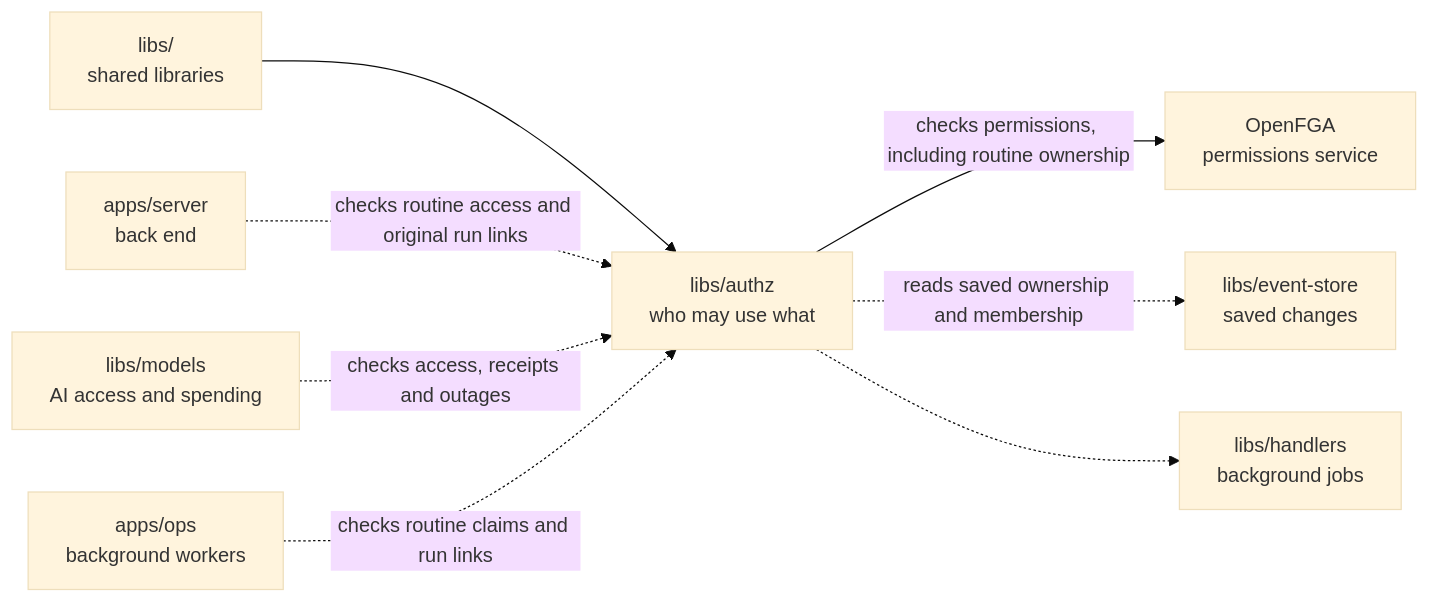
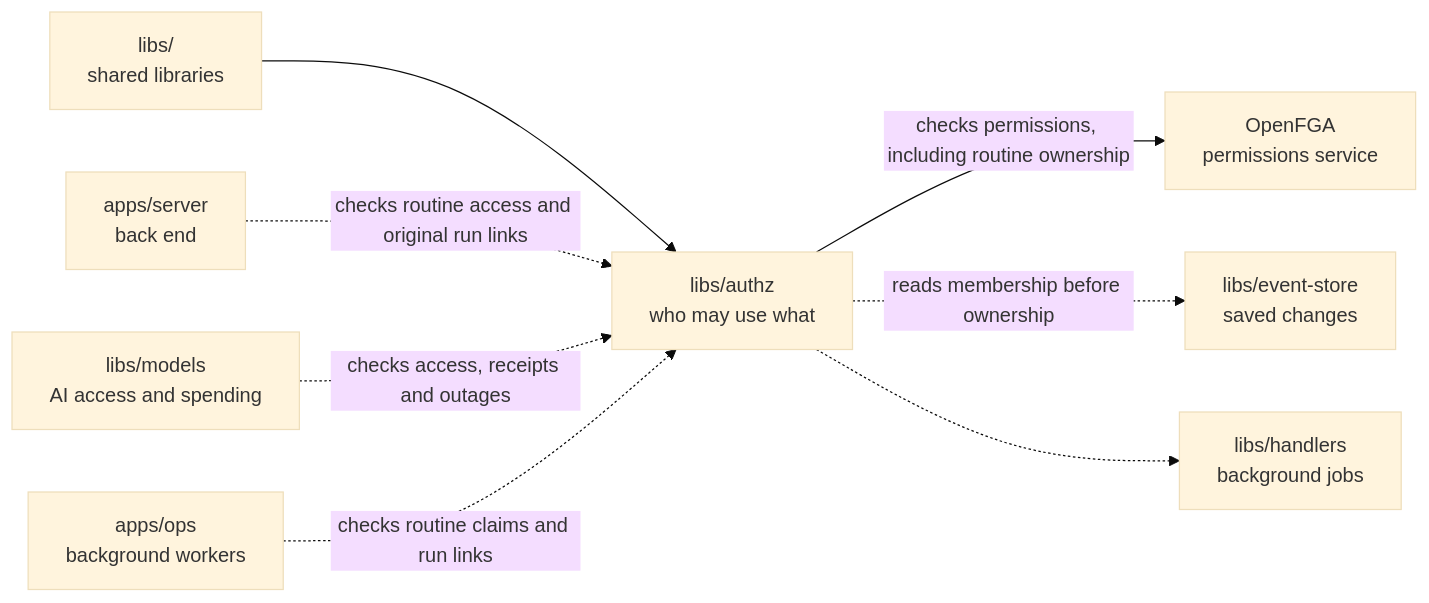
The diagram in libs/authz/README.md (elewa-git/opencrane-new), drawn with Mermaid (base theme) before and after one commit. The commit also changed other lines of this file and 16 other files, not shown here.

````diff
--- a/libs/authz/README.md
+++ b/libs/authz/README.md
@@ -20,10 +20,10 @@
 ```mermaid
 flowchart LR
   parent["libs/<br/>shared libraries"] --> authz["libs/authz<br/>who may use what"]
   server["apps/server<br/>back end"] -.->|checks routine access and original run links| authz
   models["libs/models<br/>AI access and spending"] -.->|checks access, receipts and outages| authz
   ops["apps/ops<br/>background workers"] -.->|checks routine claims and run links| authz
   authz -->|checks permissions, including routine ownership| fga["OpenFGA<br/>permissions service"]
-  authz -.->|reads saved ownership and membership| store["libs/event-store<br/>saved changes"]
+  authz -.->|reads membership before ownership| store["libs/event-store<br/>saved changes"]
   authz -.-> handlers["libs/handlers<br/>background jobs"]
 ```
````
